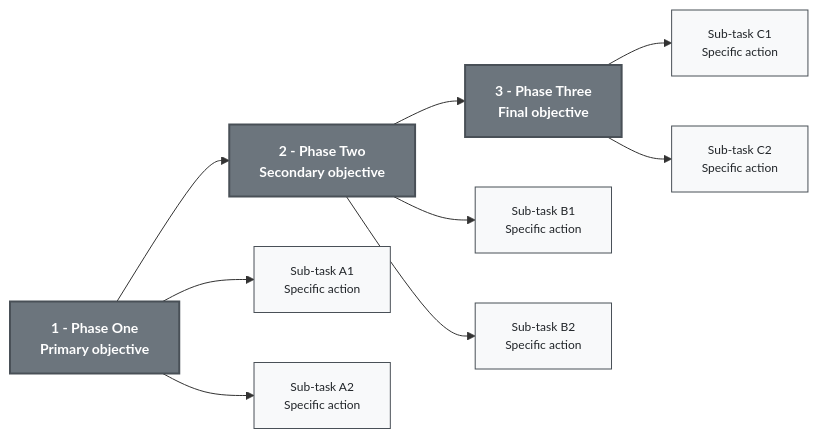
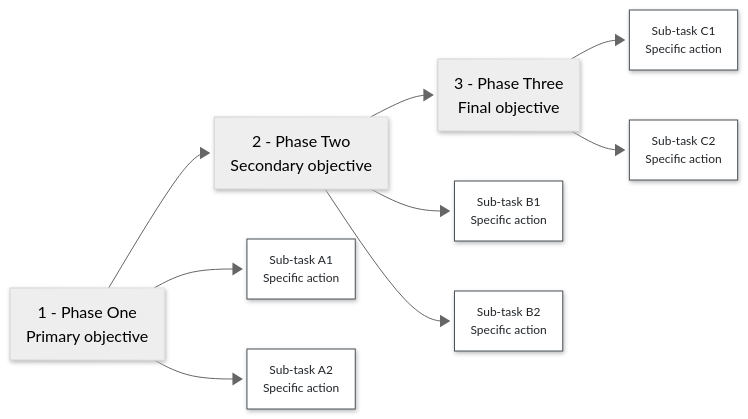
Before and after one commit to andrewlohc/handbook: the sixth of 9 diagrams in diagrams/mermaid-corporate.md, drawn with Mermaid. The commit also changed other lines of this file, not shown here.

Commit message:
docs: expand mermaid corporate style guide with comprehensive templates

````diff
--- a/diagrams/mermaid-corporate.md
+++ b/diagrams/mermaid-corporate.md
@@ -118,23 +257,24 @@
 ```mermaid
+---
+config:
+  look: neo
+  theme: neutral
+---
 flowchart LR
     %% Main Timeline
     A["1 - Phase One<br/>Primary objective"] --> B["2 - Phase Two<br/>Secondary objective"] --> C["3 - Phase Three<br/>Final objective"]
     
     %% Branches from each phase
     A --> A1["Sub-task A1<br/>Specific action"]
     A --> A2["Sub-task A2<br/>Specific action"]
     
     B --> B1["Sub-task B1<br/>Specific action"]
     B --> B2["Sub-task B2<br/>Specific action"]
     
     C --> C1["Sub-task C1<br/>Specific action"]
     C --> C2["Sub-task C2<br/>Specific action"]
-    
-    %% Corporate Styling Classes
-    classDef mainPhase fill:#6c757d,stroke:#495057,stroke-width:2px,color:#ffffff,font-weight:bold,font-size:14px
-    classDef subTask fill:#f8f9fa,stroke:#495057,stroke-width:1px,color:#212529,font-weight:normal,font-size:12px
-    
-    %% Apply Styling
-    class A,B,C mainPhase
+
+    classDef subTask fill:#ffffff,stroke:#495057,stroke-width:1px,color:#212529,font-weight:normal,font-size:12px
+
     class A1,A2,B1,B2,C1,C2 subTask
 ```
````
